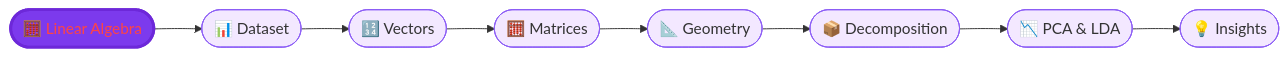
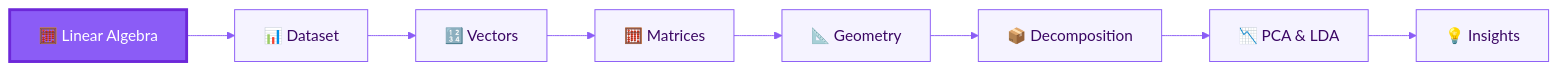
The diagram in s.md (shrutiii87/Calculative-Foundation), drawn with Mermaid before and after one commit.

````diff
--- a/s.md
+++ b/s.md
@@ -1,21 +1,30 @@
 ```mermaid
+%%{init:{
+'theme':'base',
+'themeVariables':{
+'primaryColor':'#F5F3FF',
+'primaryBorderColor':'#8B5CF6',
+'primaryTextColor':'#3B0764',
+'lineColor':'#8B5CF6',
+'fontFamily':'Poppins'
+}}}%%
+
 flowchart LR
 
-A([🧮 Linear Algebra])
---> B([📊 Dataset])
---> C([🔢 Vectors])
---> D([🧮 Matrices])
---> E([📐 Geometry])
---> F([📦 Decomposition])
---> G([📉 PCA & LDA])
---> H([💡 Insights])
+A["🧮 Linear Algebra"] --> B["📊 Dataset"]
+B --> C["🔢 Vectors"]
+C --> D["🧮 Matrices"]
+D --> E["📐 Geometry"]
+E --> F["📦 Decomposition"]
+F --> G["📉 PCA & LDA"]
+G --> H["💡 Insights"]
 
-style A fill:#7C3AED,color:#f44,stroke:#6D28D9,stroke-width:3px
-style B fill:#F3E8FF,stroke:#8B5CF6
-style C fill:#F3E8FF,stroke:#8B5CF6
-style D fill:#F3E8FF,stroke:#8B5CF6
-style E fill:#F3E8FF,stroke:#8B5CF6
-style F fill:#F3E8FF,stroke:#8B5CF6
-style G fill:#F3E8FF,stroke:#8B5CF6
-style H fill:#F3E8FF,stroke:#8B5CF6
+style A fill:#8B5CF6,color:#ffffff,stroke:#6D28D9,stroke-width:3px
+style B fill:#F5F3FF,stroke:#8B5CF6,color:#3B0764
+style C fill:#F5F3FF,stroke:#8B5CF6,color:#3B0764
+style D fill:#F5F3FF,stroke:#8B5CF6,color:#3B0764
+style E fill:#F5F3FF,stroke:#8B5CF6,color:#3B0764
+style F fill:#F5F3FF,stroke:#8B5CF6,color:#3B0764
+style G fill:#F5F3FF,stroke:#8B5CF6,color:#3B0764
+style H fill:#F5F3FF,stroke:#8B5CF6,color:#3B0764
 ```
````
